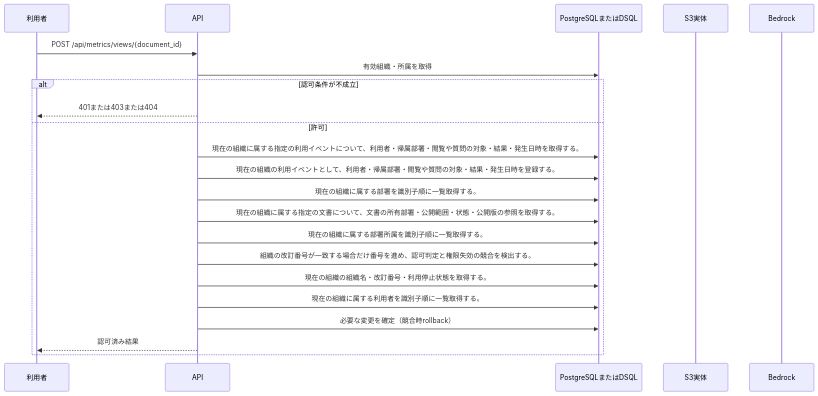
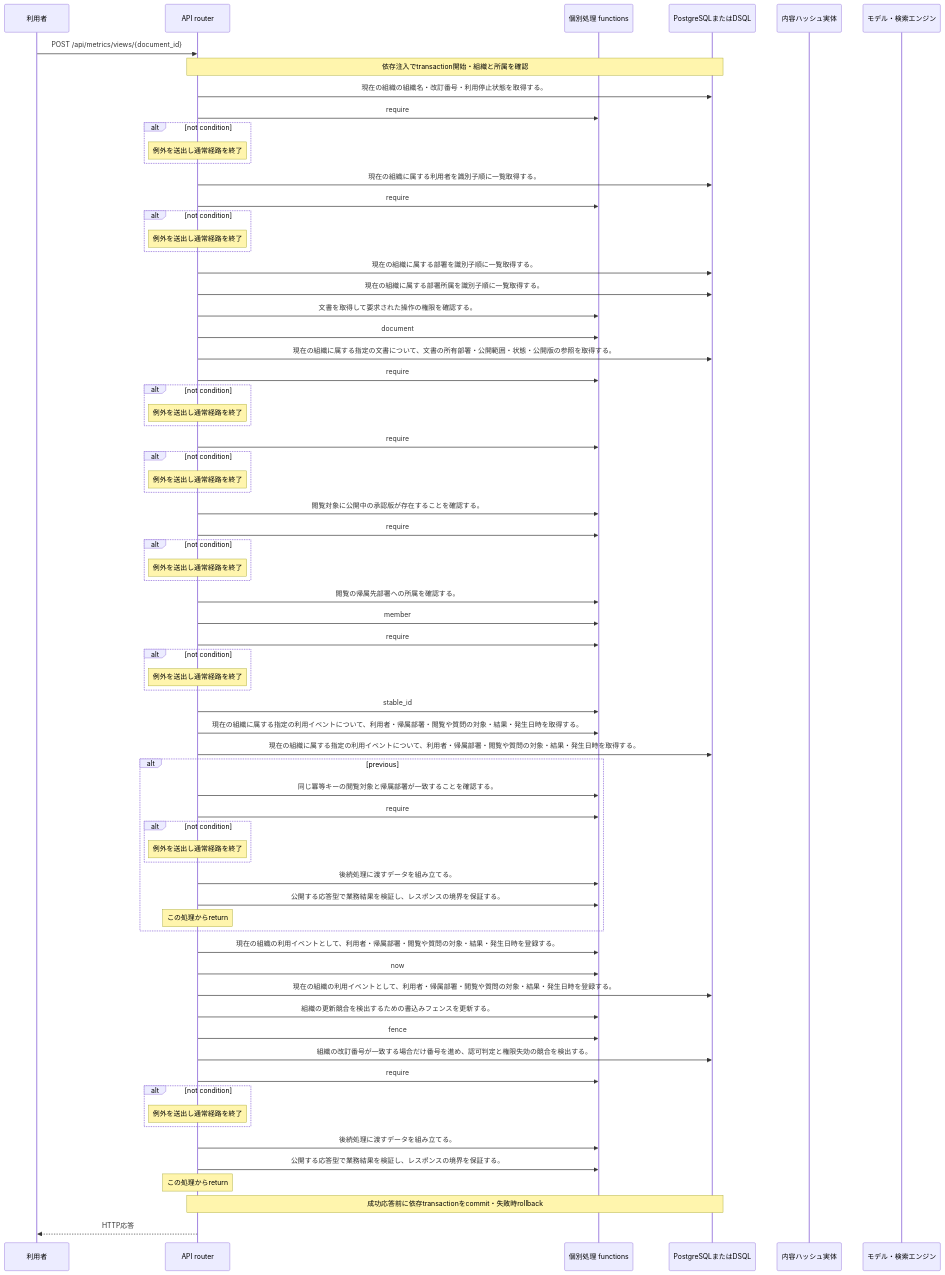
One commit to tsuji-tomonori/KotoRelay changed the diagram in docs/design/generated/api/metrics/record_view/sequence.md. Above: the diagram before and after it, drawn with Mermaid. The commit also changed other lines of this file and 424 other files, not shown here.

````diff
--- a/docs/design/generated/api/metrics/record_view/sequence.md
+++ b/docs/design/generated/api/metrics/record_view/sequence.md
@@ -7,24 +7,73 @@
 ```mermaid
 sequenceDiagram
     participant U as 利用者
-    participant A as API
+    participant A as API router
+    participant F as 個別処理 functions
     participant D as PostgreSQLまたはDSQL
-    participant S as S3実体
-    participant M as Bedrock
+    participant S as 内容ハッシュ実体
+    participant M as モデル・検索エンジン
     U->>A: POST /api/metrics/views/{document_id}
-    A->>D: 有効組織・所属を取得
-    alt 認可条件が不成立
-        A-->>U: 401または403または404
-    else 許可
-        A->>D: 現在の組織に属する指定の利用イベントについて、利用者・帰属部署・閲覧や質問の対象・結果・発生日時を取得する。
-        A->>D: 現在の組織の利用イベントとして、利用者・帰属部署・閲覧や質問の対象・結果・発生日時を登録する。
-        A->>D: 現在の組織に属する部署を識別子順に一覧取得する。
-        A->>D: 現在の組織に属する指定の文書について、文書の所有部署・公開範囲・状態・公開版の参照を取得する。
-        A->>D: 現在の組織に属する部署所属を識別子順に一覧取得する。
-        A->>D: 組織の改訂番号が一致する場合だけ番号を進め、認可判定と権限失効の競合を検出する。
-        A->>D: 現在の組織の組織名・改訂番号・利用停止状態を取得する。
-        A->>D: 現在の組織に属する利用者を識別子順に一覧取得する。
-        A->>D: 必要な変更を確定（競合時rollback）
-        A-->>U: 認可済み結果
+    Note over A,D: 依存注入でtransaction開始・組織と所属を確認
+    A->>D: 現在の組織の組織名・改訂番号・利用停止状態を取得する。
+    A->>F: require
+    alt not condition
+    Note over A: 例外を送出し通常経路を終了
     end
+    A->>D: 現在の組織に属する利用者を識別子順に一覧取得する。
+    A->>F: require
+    alt not condition
+    Note over A: 例外を送出し通常経路を終了
+    end
+    A->>D: 現在の組織に属する部署を識別子順に一覧取得する。
+    A->>D: 現在の組織に属する部署所属を識別子順に一覧取得する。
+    A->>F: 文書を取得して要求された操作の権限を確認する。
+    A->>F: document
+    A->>D: 現在の組織に属する指定の文書について、文書の所有部署・公開範囲・状態・公開版の参照を取得する。
+    A->>F: require
+    alt not condition
+    Note over A: 例外を送出し通常経路を終了
+    end
+    A->>F: require
+    alt not condition
+    Note over A: 例外を送出し通常経路を終了
+    end
+    A->>F: 閲覧対象に公開中の承認版が存在することを確認する。
+    A->>F: require
+    alt not condition
+    Note over A: 例外を送出し通常経路を終了
+    end
+    A->>F: 閲覧の帰属先部署への所属を確認する。
+    A->>F: member
+    A->>F: require
+    alt not condition
+    Note over A: 例外を送出し通常経路を終了
+    end
+    A->>F: stable_id
+    A->>F: 現在の組織に属する指定の利用イベントについて、利用者・帰属部署・閲覧や質問の対象・結果・発生日時を取得する。
+    A->>D: 現在の組織に属する指定の利用イベントについて、利用者・帰属部署・閲覧や質問の対象・結果・発生日時を取得する。
+    alt previous
+    A->>F: 同じ冪等キーの閲覧対象と帰属部署が一致することを確認する。
+    A->>F: require
+    alt not condition
+    Note over A: 例外を送出し通常経路を終了
+    end
+    A->>F: 後続処理に渡すデータを組み立てる。
+    A->>F: 公開する応答型で業務結果を検証し、レスポンスの境界を保証する。
+    Note over A: この処理からreturn
+    end
+    A->>F: 現在の組織の利用イベントとして、利用者・帰属部署・閲覧や質問の対象・結果・発生日時を登録する。
+    A->>F: now
+    A->>D: 現在の組織の利用イベントとして、利用者・帰属部署・閲覧や質問の対象・結果・発生日時を登録する。
+    A->>F: 組織の更新競合を検出するための書込みフェンスを更新する。
+    A->>F: fence
+    A->>D: 組織の改訂番号が一致する場合だけ番号を進め、認可判定と権限失効の競合を検出する。
+    A->>F: require
+    alt not condition
+    Note over A: 例外を送出し通常経路を終了
+    end
+    A->>F: 後続処理に渡すデータを組み立てる。
+    A->>F: 公開する応答型で業務結果を検証し、レスポンスの境界を保証する。
+    Note over A: この処理からreturn
+    Note over A,D: 成功応答前に依存transactionをcommit・失敗時rollback
+    A-->>U: HTTP応答
 ```
````
